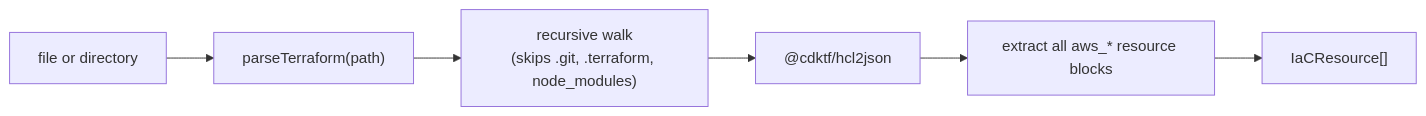
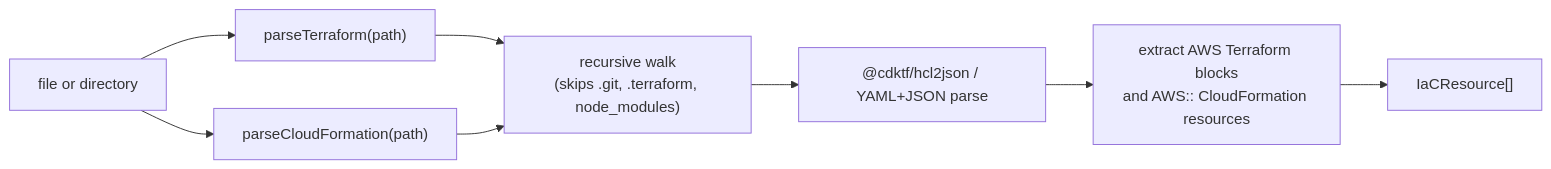
The third of 3 diagrams in docs/architecture/sdk.md (towardsthecloud/cloudburn), drawn with Mermaid before and after one commit. The commit also changed other lines of this file and 23 other files, not shown here.

````diff
--- a/docs/architecture/sdk.md
+++ b/docs/architecture/sdk.md
@@ -75,8 +75,10 @@
 ```mermaid
 graph LR
   Path["file or directory"] --> TF["parseTerraform(path)"]
+  Path["file or directory"] --> CFN["parseCloudFormation(path)"]
   TF --> Walk["recursive walk\n(skips .git, .terraform, node_modules)"]
-  Walk --> HCL["@cdktf/hcl2json"]
-  HCL --> Extract["extract all aws_* resource blocks"]
+  CFN --> Walk
+  Walk --> HCL["@cdktf/hcl2json / YAML+JSON parse"]
+  HCL --> Extract["extract AWS Terraform blocks\nand AWS:: CloudFormation resources"]
   Extract --> IaC["IaCResource[]"]
 ```
````
